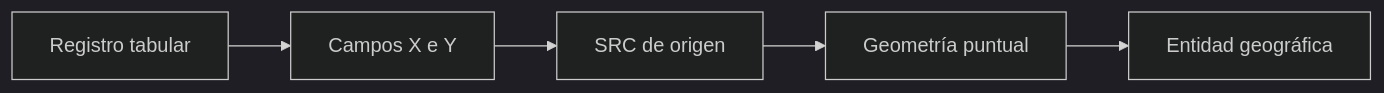
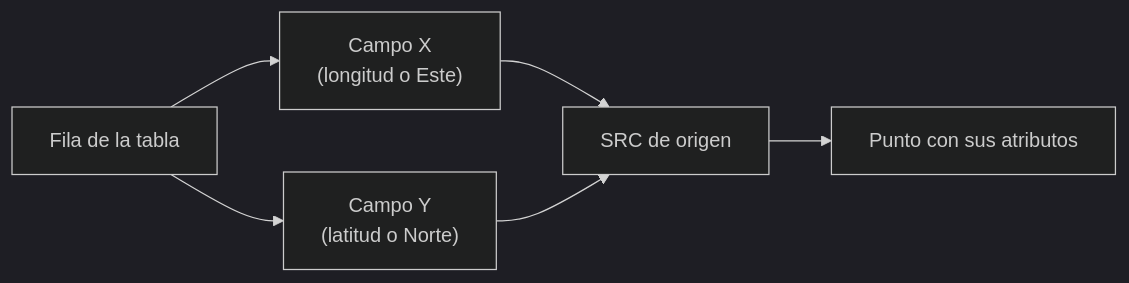
One commit to CHpass369/106_curso_qgis_introductorio changed the diagram in docs/modulo-02/05-tablas-coordenadas.md. Above: the diagram before and after it, drawn with Mermaid (dark theme). The commit also changed other lines of this file and 6 other files, not shown here.

````diff
--- a/docs/modulo-02/05-tablas-coordenadas.md
+++ b/docs/modulo-02/05-tablas-coordenadas.md
@@ -139,7 +32,8 @@
 ```mermaid
 flowchart LR
-    A[Registro tabular] --> B[Campos X e Y]
-    B --> C[SRC de origen]
-    C --> D[Geometría puntual]
-    D --> E[Entidad geográfica]
+    A[Fila de la tabla] --> B["Campo X<br/>(longitud o Este)"]
+    A --> C["Campo Y<br/>(latitud o Norte)"]
+    B --> D["SRC de origen"]
+    C --> D
+    D --> E[Punto con sus atributos]
 ```
````
